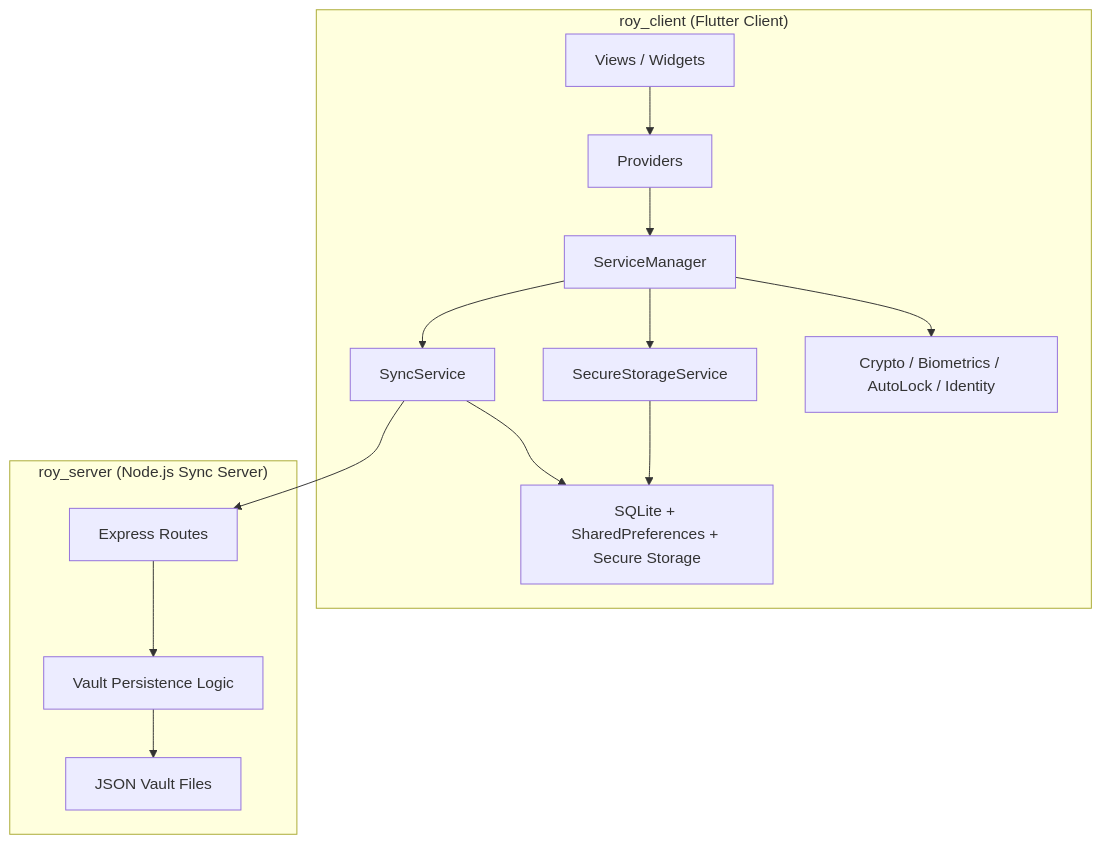
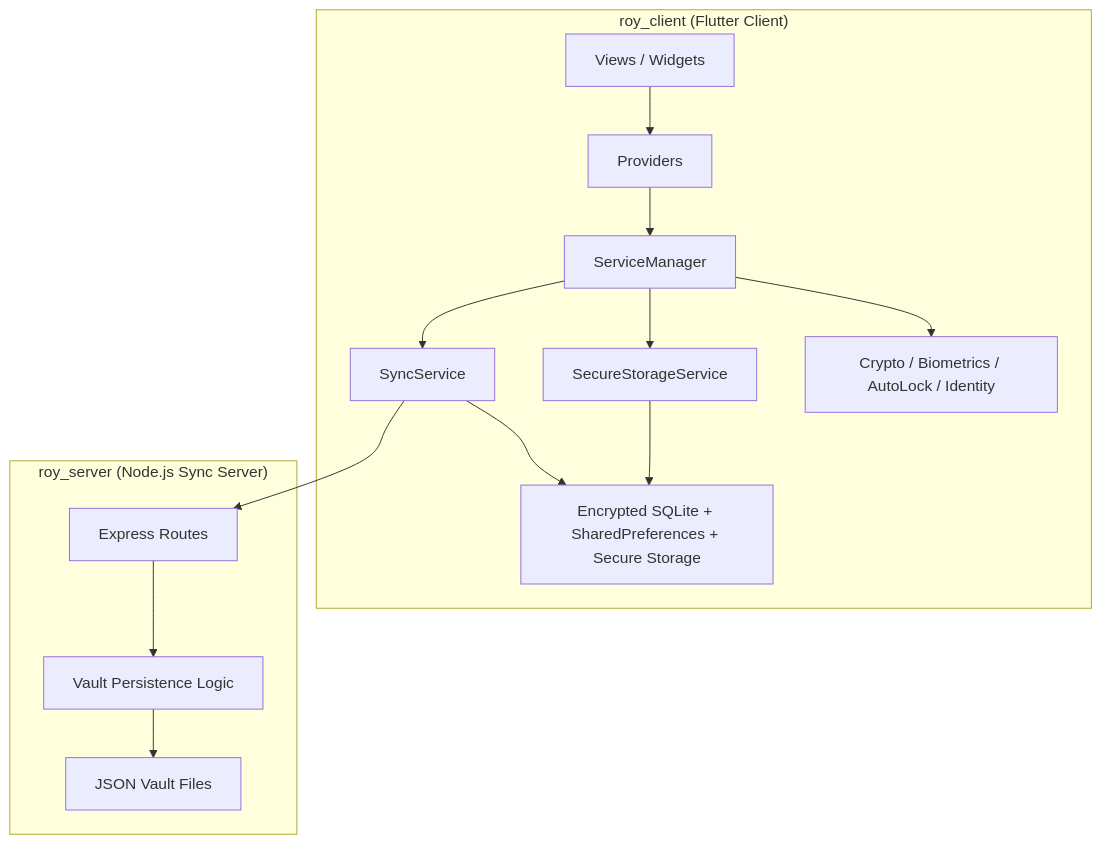
One commit to aierchoom/roy_client changed the second of 2 diagrams in docs/01_System_Architecture.md. Above: the diagram before and after it, drawn with Mermaid. The commit also changed other lines of this file and 30 other files, not shown here.

````diff
--- a/docs/01_System_Architecture.md
+++ b/docs/01_System_Architecture.md
@@ -154,29 +154,29 @@
 ```mermaid
 flowchart TB
     subgraph Client["roy_client (Flutter Client)"]
         UI["Views / Widgets"]
         ST["Providers"]
         SM["ServiceManager"]
         SS["SecureStorageService"]
         SY["SyncService"]
         SEC["Crypto / Biometrics / AutoLock / Identity"]
-        DB["SQLite + SharedPreferences + Secure Storage"]
+        DB["Encrypted SQLite + SharedPreferences + Secure Storage"]
     end
 
     subgraph Server["roy_server (Node.js Sync Server)"]
         API["Express Routes"]
         VAULT["Vault Persistence Logic"]
         FILES["JSON Vault Files"]
     end
 
     UI --> ST
     ST --> SM
     SM --> SS
     SM --> SY
     SM --> SEC
     SS --> DB
     SY --> DB
     SY --> API
     API --> VAULT
     VAULT --> FILES
 ```
````
